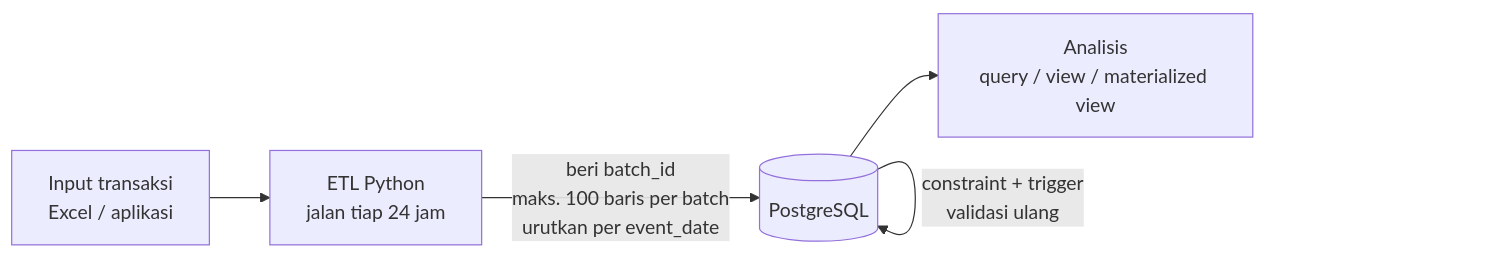
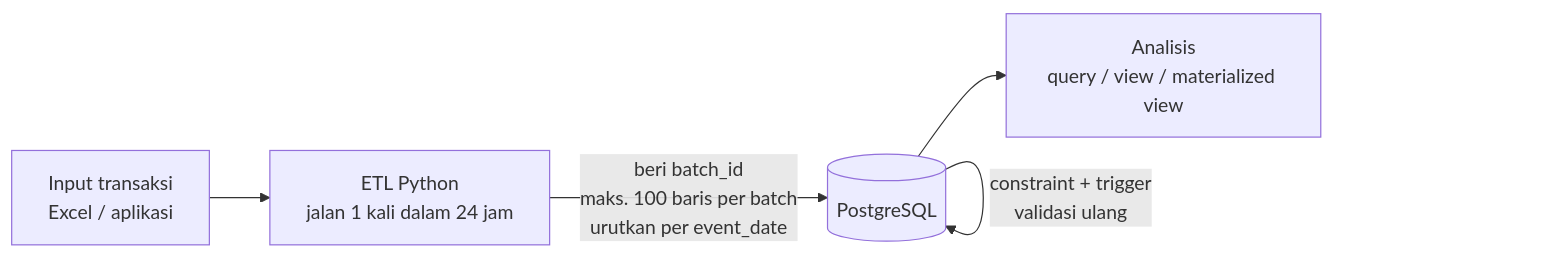
Before and after one commit to Azkal-as-Charlemagne/financial_tracker: the first of 2 diagrams in README.md, drawn with Mermaid. The commit also changed other lines of this file, not shown here.

First line of the commit message:
Perbaiki penjelasan ETL dan pengamanan data

````diff
--- a/README.md
+++ b/README.md
@@ -47,7 +47,7 @@
 ```mermaid
 flowchart LR
-    A[Input transaksi<br/>Excel / aplikasi] --> B[ETL Python<br/>jalan tiap 24 jam]
+    A[Input transaksi<br/>Excel / aplikasi] --> B[ETL Python<br/>jalan 1 kali dalam 24 jam]
     B -->|beri batch_id<br/>maks. 100 baris per batch<br/>urutkan per event_date| C[(PostgreSQL)]
     C -->|constraint + trigger<br/>validasi ulang| C
     C --> D[Analisis<br/>query / view / materialized view]
 ```
````
